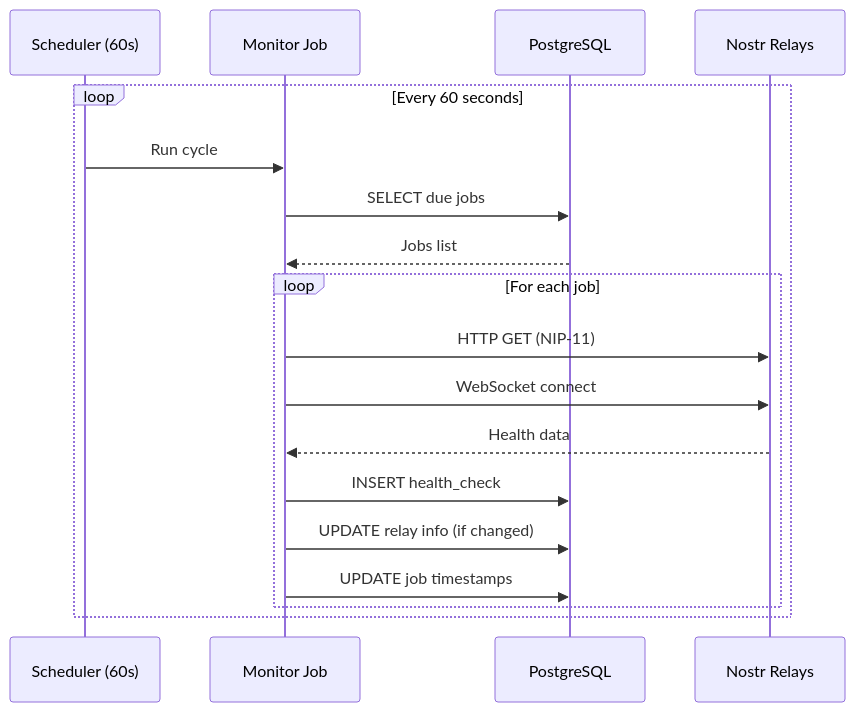
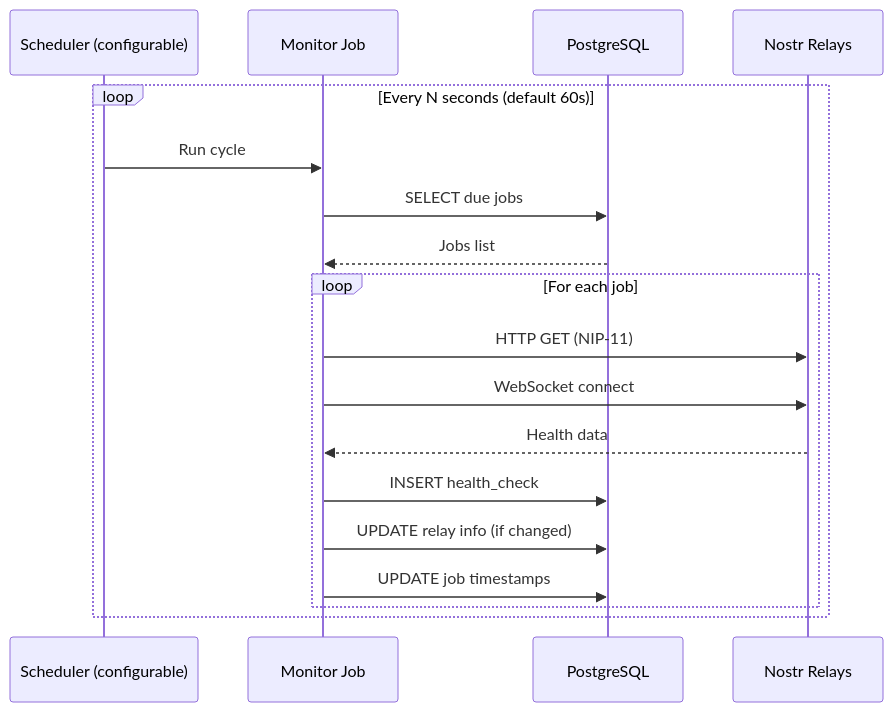
The fourth of 5 diagrams in docs/architecture/overview.md (saad-tayyab/relay-dog), drawn with Mermaid before and after one commit. The commit also changed other lines of this file and 30 other files, not shown here.

````diff
--- a/docs/architecture/overview.md
+++ b/docs/architecture/overview.md
@@ -85,21 +88,21 @@
 ```mermaid
 sequenceDiagram
-    participant Cron as Scheduler (60s)
+    participant Cron as Scheduler (configurable)
     participant Monitor as Monitor Job
     participant DB as PostgreSQL
     participant Relay as Nostr Relays
 
-    loop Every 60 seconds
+    loop Every N seconds (default 60s)
         Cron->>Monitor: Run cycle
         Monitor->>DB: SELECT due jobs
         DB-->>Monitor: Jobs list
         loop For each job
             Monitor->>Relay: HTTP GET (NIP-11)
             Monitor->>Relay: WebSocket connect
             Relay-->>Monitor: Health data
             Monitor->>DB: INSERT health_check
             Monitor->>DB: UPDATE relay info (if changed)
             Monitor->>DB: UPDATE job timestamps
         end
     end
 ```
````
